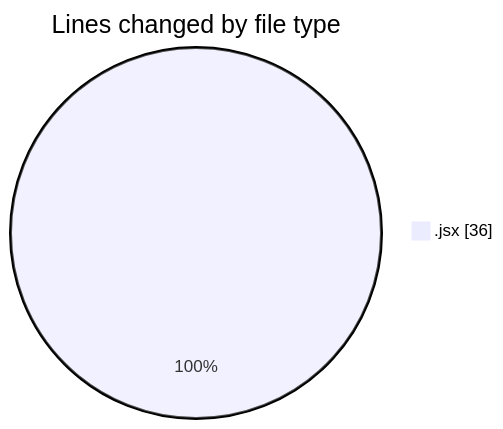
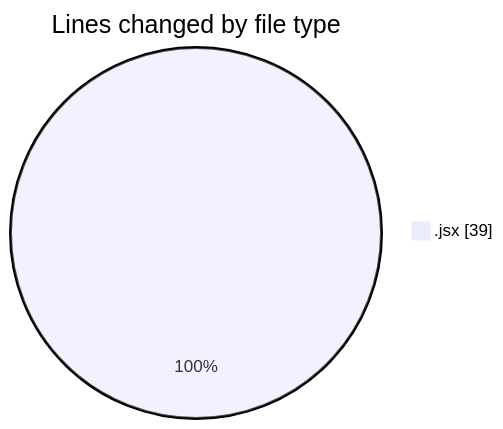
The first of 2 diagrams in 2026-02-11/cda/README.md (momahboobian/code-tracking), drawn with Mermaid before and after one commit. The commit also changed other lines of this file and 1 other file, not shown here.

````diff
--- a/2026-02-11/cda/README.md
+++ b/2026-02-11/cda/README.md
@@ -20,5 +20,5 @@
 ```mermaid
 pie showData
 title Lines changed by file type
-".jsx" : 36
+".jsx" : 39
 ```
````
